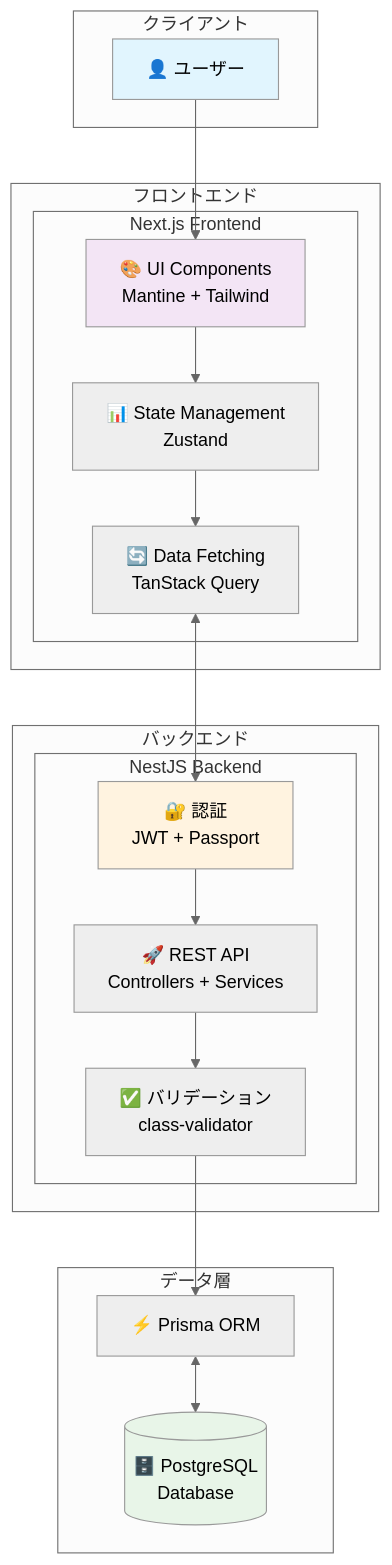
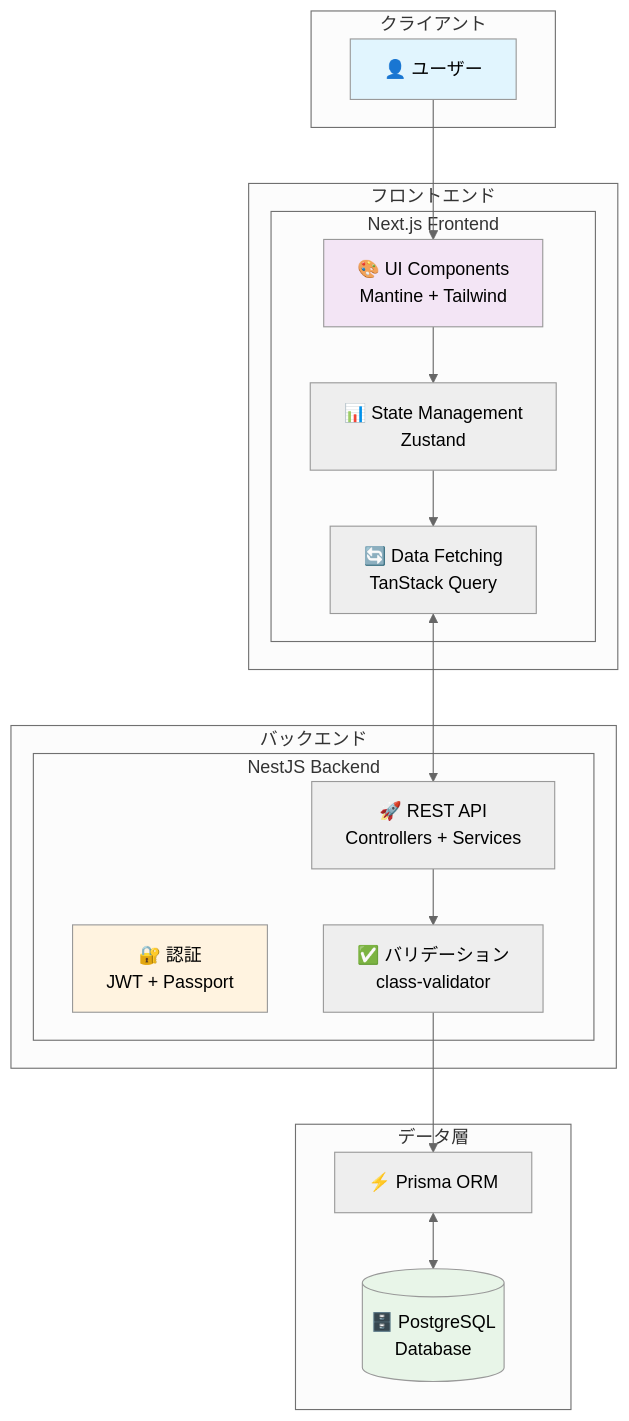
One commit to hideaki1979/ud_NestJS_NextJS changed the diagram in README.md. Above: the diagram before and after it, drawn with Mermaid (neutral theme). The commit also changed other lines of this file and 2 other files, not shown here.

Commit message:
feat: README作成(PR対応)

````diff
--- a/README.md
+++ b/README.md
@@ -34,41 +34,40 @@
 ```mermaid
 graph TB
     subgraph "クライアント"
         U[👤 ユーザー]
     end
 
     subgraph "フロントエンド"
         subgraph "Next.js Frontend"
             UI[🎨 UI Components<br/>Mantine + Tailwind]
             STATE[📊 State Management<br/>Zustand]
             QUERY[🔄 Data Fetching<br/>TanStack Query]
         end
     end
 
     subgraph "バックエンド"
         subgraph "NestJS Backend"
             AUTH[🔐 認証<br/>JWT + Passport]
             API[🚀 REST API<br/>Controllers + Services]
             VALID[✅ バリデーション<br/>class-validator]
         end
     end
 
     subgraph "データ層"
         DB[(🗄️ PostgreSQL<br/>Database)]
         PRISMA[⚡ Prisma ORM]
     end
 
     U --> UI
     UI --> STATE
     STATE --> QUERY
-    QUERY <--> AUTH
-    AUTH --> API
+    QUERY <--> API
     API --> VALID
     VALID --> PRISMA
     PRISMA <--> DB
 
     style U fill:#e1f5fe
     style UI fill:#f3e5f5
     style AUTH fill:#fff3e0
     style DB fill:#e8f5e8
 ```
````
